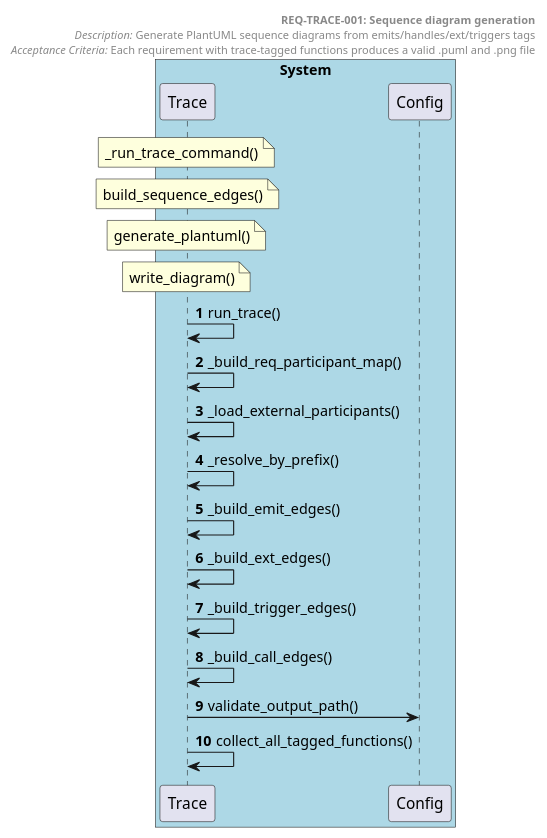
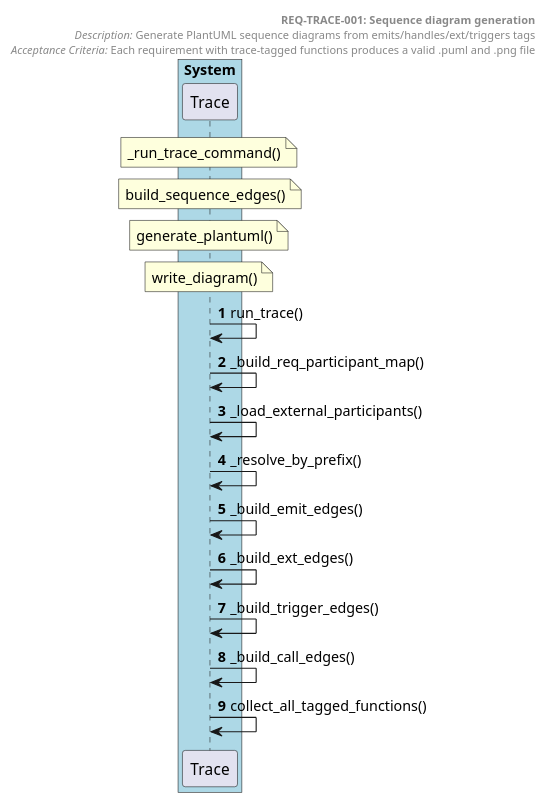
One commit to tvanfossen/doxygen-guard changed the diagram in docs/generated/sequences/REQ-TRACE-001.puml. Above: the diagram before and after it, drawn with PlantUML. The commit also changed 21 other files, not shown here.

```diff
--- a/docs/generated/sequences/REQ-TRACE-001.puml
+++ b/docs/generated/sequences/REQ-TRACE-001.puml
@@ -1,31 +1,29 @@
 @startuml REQ-TRACE-001 Sequence diagram generation
 autonumber
 
 box "System" #LightBlue
   participant "Trace" as Trace
-  participant "Config" as Config
 end box
 
 header
   **REQ-TRACE-001: Sequence diagram generation**
   //Description:// Generate PlantUML sequence diagrams from emits/handles/ext/triggers tags
   //Acceptance Criteria:// Each requirement with trace-tagged functions produces a valid .puml and .png file
 end header
 
 note over Trace: _run_trace_command()
 note over Trace: build_sequence_edges()
 note over Trace: generate_plantuml()
 note over Trace: write_diagram()
 
 Trace -> Trace: run_trace()
 Trace -> Trace: _build_req_participant_map()
 Trace -> Trace: _load_external_participants()
 Trace -> Trace: _resolve_by_prefix()
 Trace -> Trace: _build_emit_edges()
 Trace -> Trace: _build_ext_edges()
 Trace -> Trace: _build_trigger_edges()
 Trace -> Trace: _build_call_edges()
-Trace -> Config: validate_output_path()
 Trace -> Trace: collect_all_tagged_functions()
 
 @enduml
```
